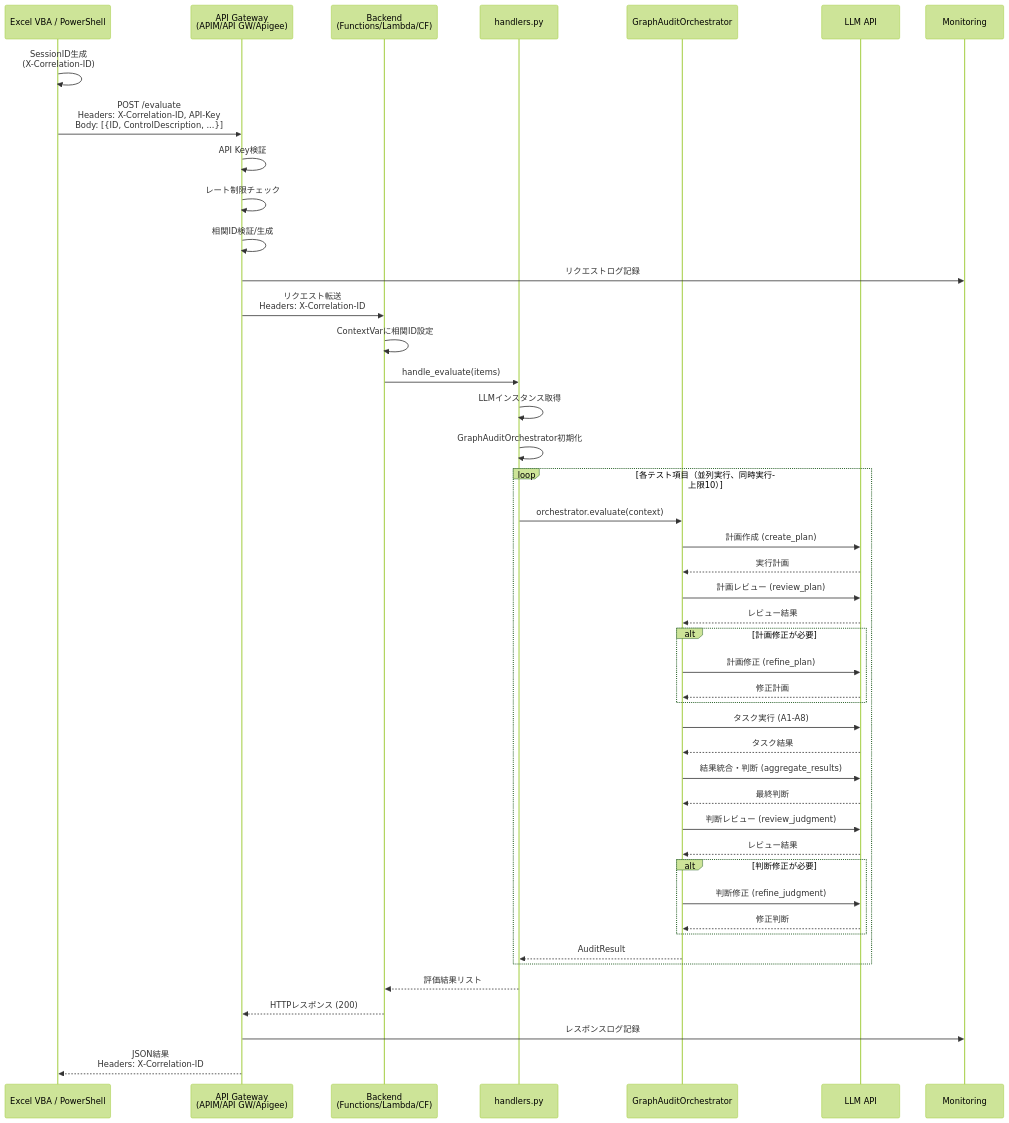
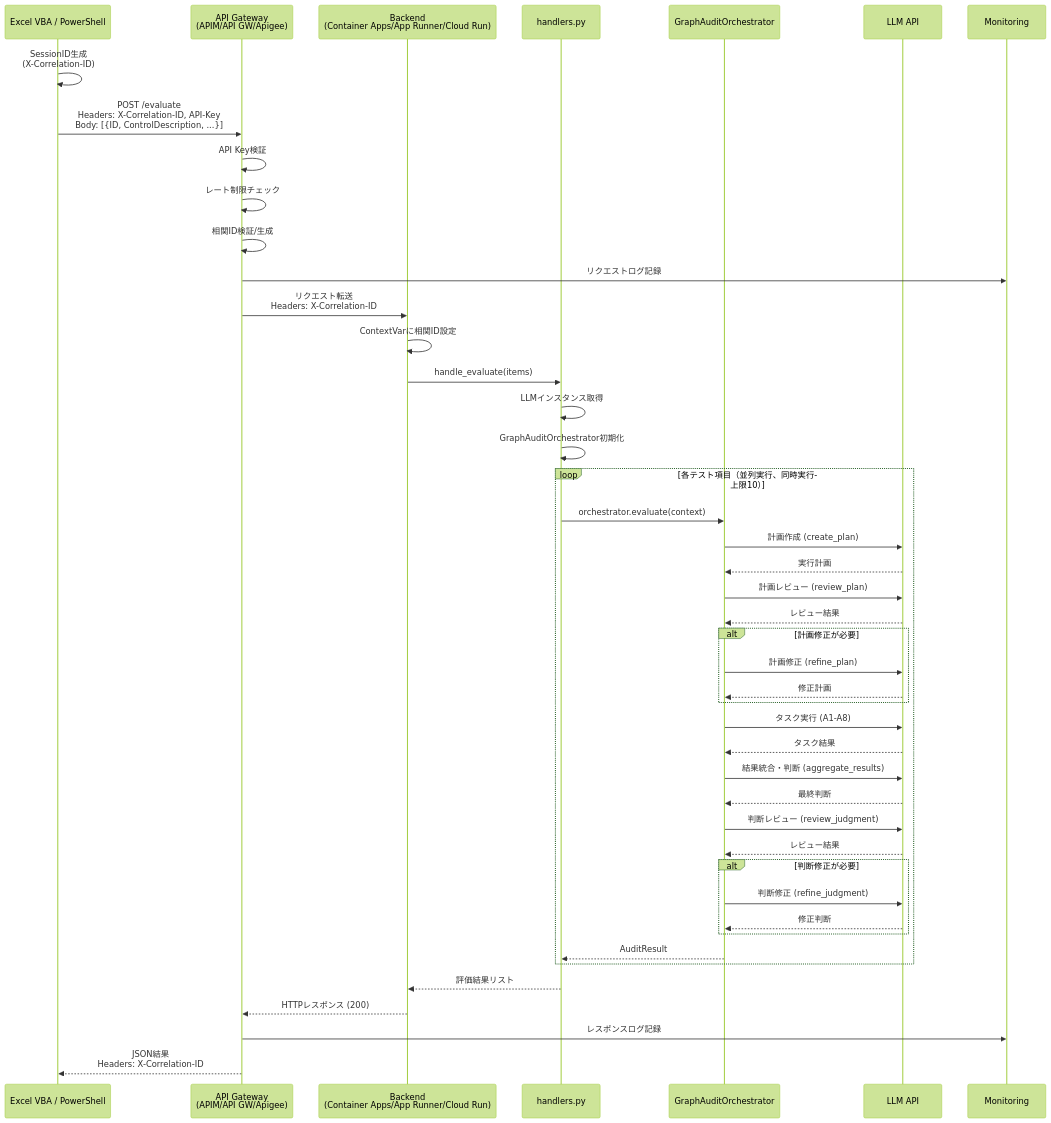
The third of 6 diagrams in docs/architecture/SYSTEM_ARCHITECTURE.md (GEJFY/ic-test-ai-agent), drawn with Mermaid (forest theme) before and after one commit. The commit also changed other lines of this file and 102 other files, not shown here.

````diff
--- a/docs/architecture/SYSTEM_ARCHITECTURE.md
+++ b/docs/architecture/SYSTEM_ARCHITECTURE.md
@@ -307,58 +309,58 @@
 ```mermaid
 sequenceDiagram
     participant Client as Excel VBA / PowerShell
     participant GW as API Gateway<br/>(APIM/API GW/Apigee)
-    participant BE as Backend<br/>(Functions/Lambda/CF)
+    participant BE as Backend<br/>(Container Apps/App Runner/Cloud Run)
     participant Core as handlers.py
     participant Orch as GraphAuditOrchestrator
     participant LLM as LLM API
     participant Mon as Monitoring
 
     Client->>Client: SessionID生成<br/>(X-Correlation-ID)
     Client->>GW: POST /evaluate<br/>Headers: X-Correlation-ID, API-Key<br/>Body: [{ID, ControlDescription, ...}]
 
     GW->>GW: API Key検証
     GW->>GW: レート制限チェック
     GW->>GW: 相関ID検証/生成
     GW->>Mon: リクエストログ記録
 
     GW->>BE: リクエスト転送<br/>Headers: X-Correlation-ID
 
     BE->>BE: ContextVarに相関ID設定
     BE->>Core: handle_evaluate(items)
 
     Core->>Core: LLMインスタンス取得
     Core->>Core: GraphAuditOrchestrator初期化
 
     loop 各テスト項目（並列実行、同時実行上限10）
         Core->>Orch: orchestrator.evaluate(context)
         Orch->>LLM: 計画作成 (create_plan)
         LLM-->>Orch: 実行計画
         Orch->>LLM: 計画レビュー (review_plan)
         LLM-->>Orch: レビュー結果
 
         alt 計画修正が必要
             Orch->>LLM: 計画修正 (refine_plan)
             LLM-->>Orch: 修正計画
         end
 
         Orch->>LLM: タスク実行 (A1-A8)
         LLM-->>Orch: タスク結果
         Orch->>LLM: 結果統合・判断 (aggregate_results)
         LLM-->>Orch: 最終判断
         Orch->>LLM: 判断レビュー (review_judgment)
         LLM-->>Orch: レビュー結果
 
         alt 判断修正が必要
             Orch->>LLM: 判断修正 (refine_judgment)
             LLM-->>Orch: 修正判断
         end
 
         Orch-->>Core: AuditResult
     end
 
     Core-->>BE: 評価結果リスト
     BE-->>GW: HTTPレスポンス (200)
     GW->>Mon: レスポンスログ記録
     GW-->>Client: JSON結果<br/>Headers: X-Correlation-ID
 ```
````
